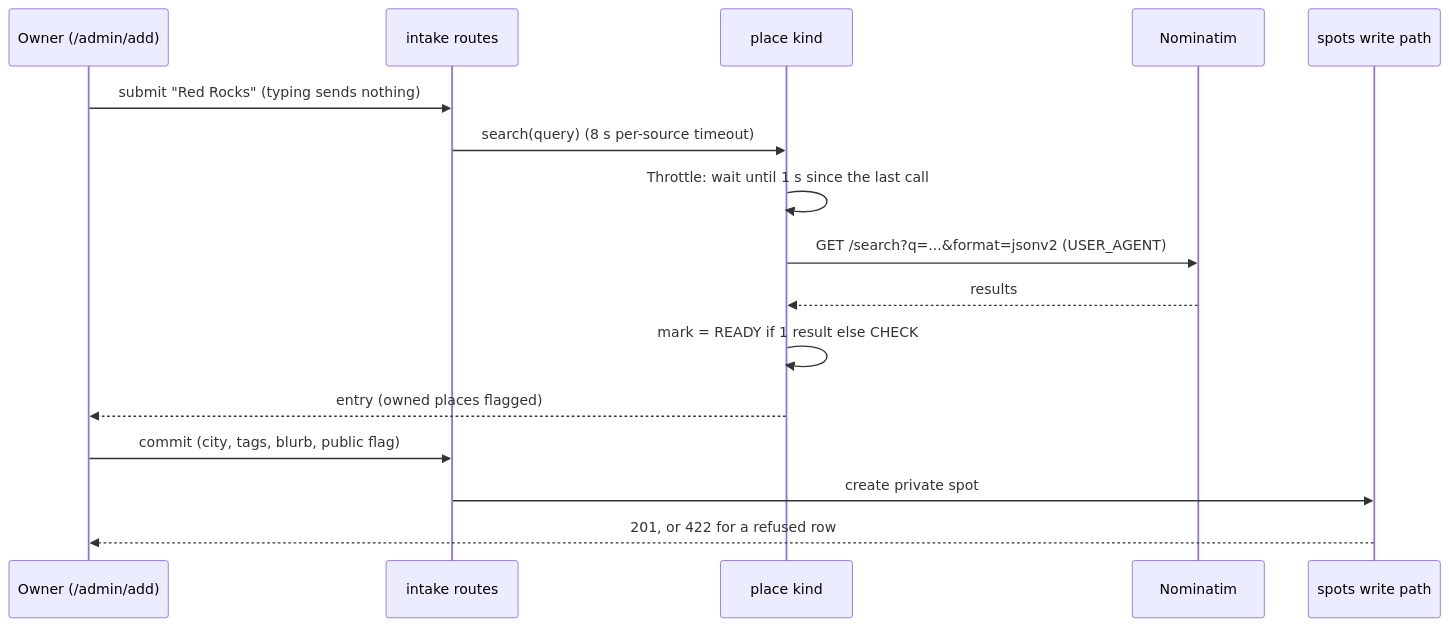
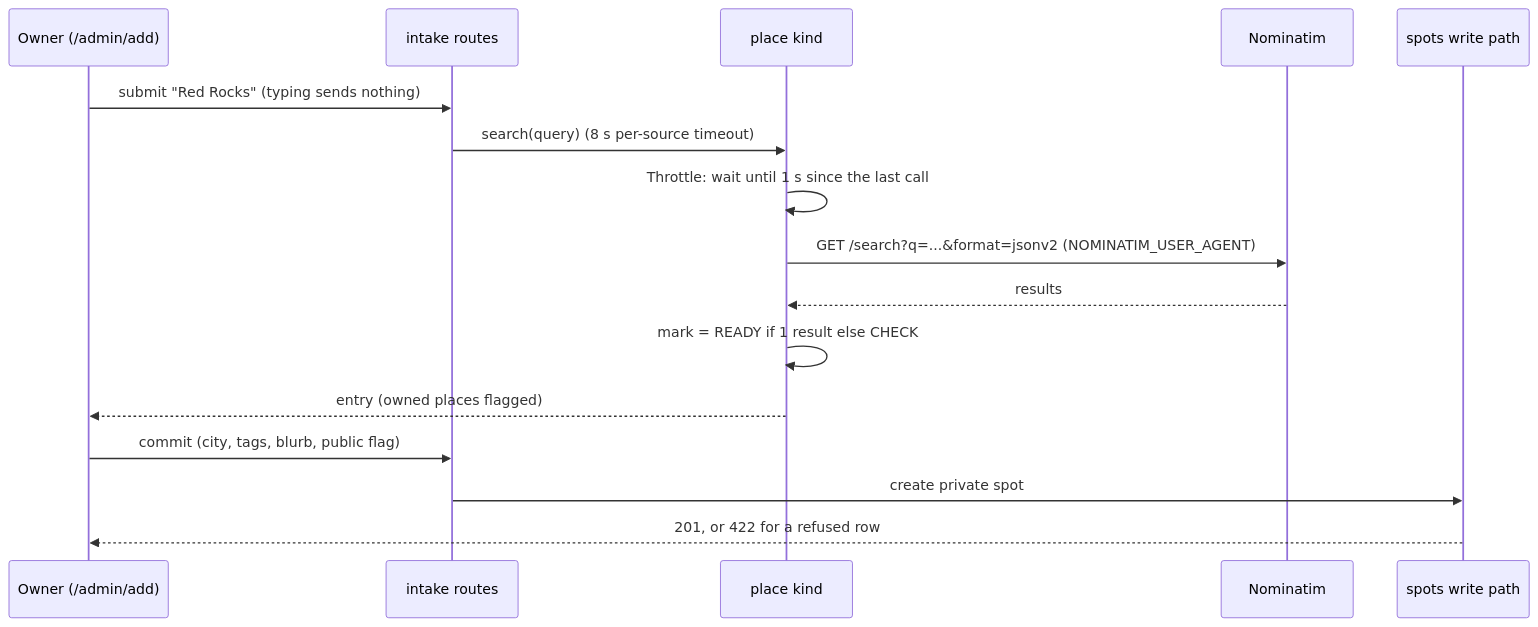
The diagram in docs/planning/2026-11-17-place-kind-intake-design.md (joeyh92989/joey-haas.dev), drawn with Mermaid before and after one commit. The commit also changed 5 other files, not shown here.

````diff
--- a/docs/planning/2026-11-17-place-kind-intake-design.md
+++ b/docs/planning/2026-11-17-place-kind-intake-design.md
@@ -43,18 +43,18 @@
 ```mermaid
 sequenceDiagram
     participant O as Owner (/admin/add)
     participant R as intake routes
     participant P as place kind
     participant N as Nominatim
     participant S as spots write path
     O->>R: submit "Red Rocks"  (typing sends nothing)
     R->>P: search(query)  (8 s per-source timeout)
     P->>P: Throttle: wait until 1 s since the last call
-    P->>N: GET /search?q=...&format=jsonv2  (USER_AGENT)
+    P->>N: GET /search?q=...&format=jsonv2  (NOMINATIM_USER_AGENT)
     N-->>P: results
     P->>P: mark = READY if 1 result else CHECK
     P-->>O: entry (owned places flagged)
     O->>R: commit (city, tags, blurb, public flag)
     R->>S: create private spot
     S-->>O: 201, or 422 for a refused row
 ```
````
